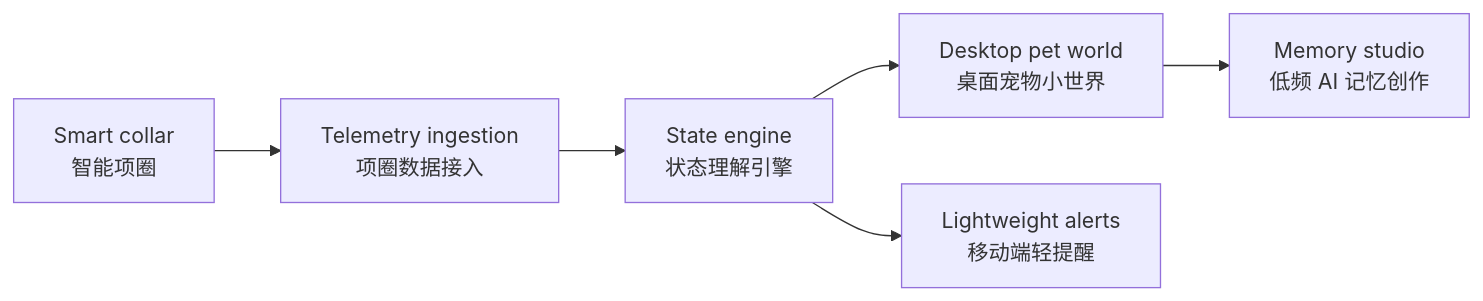
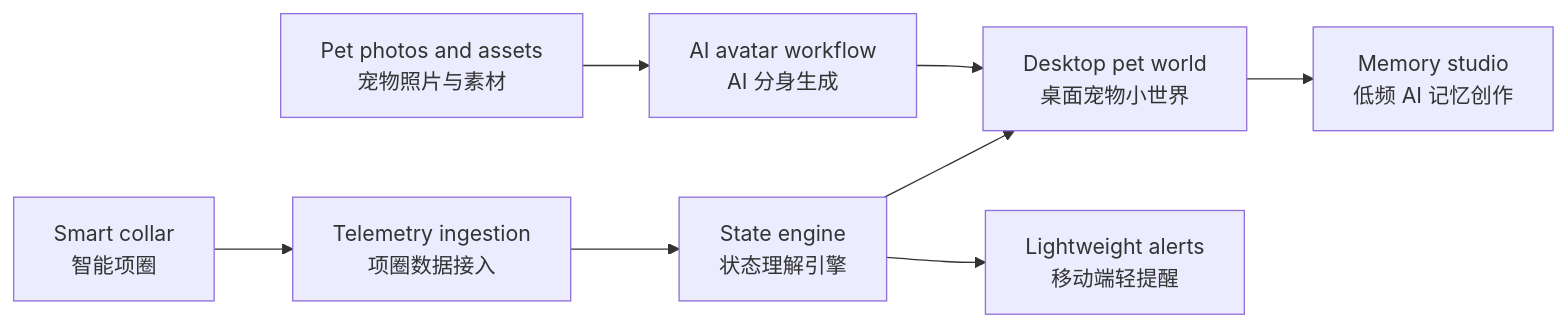
One commit to suli062777-oss/pawsentinel-ai-collar-monitor changed the diagram in README.md. Above: the diagram before and after it, drawn with Mermaid. The commit also changed other lines of this file and 2 other files, not shown here.

Commit message:
Clarify AI pet avatar workflow

````diff
--- a/README.md
+++ b/README.md
@@ -33,8 +37,10 @@
 ```mermaid
 flowchart LR
+  Assets["Pet photos and assets<br/>宠物照片与素材"] --> Avatar["AI avatar workflow<br/>AI 分身生成"]
   Collar["Smart collar<br/>智能项圈"] --> Telemetry["Telemetry ingestion<br/>项圈数据接入"]
   Telemetry --> Engine["State engine<br/>状态理解引擎"]
-  Engine --> Scene["Desktop pet world<br/>桌面宠物小世界"]
+  Avatar --> Scene["Desktop pet world<br/>桌面宠物小世界"]
+  Engine --> Scene
   Engine --> Alert["Lightweight alerts<br/>移动端轻提醒"]
   Scene --> Studio["Memory studio<br/>低频 AI 记忆创作"]
 ```
````
